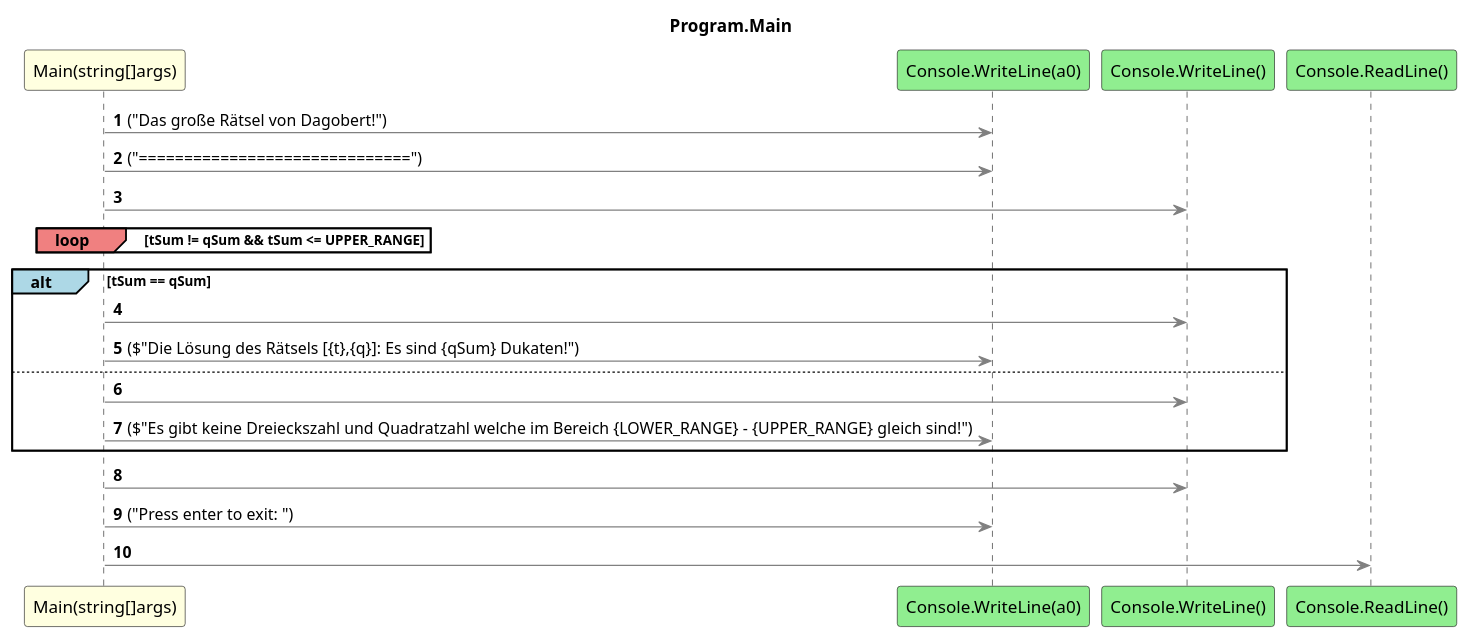
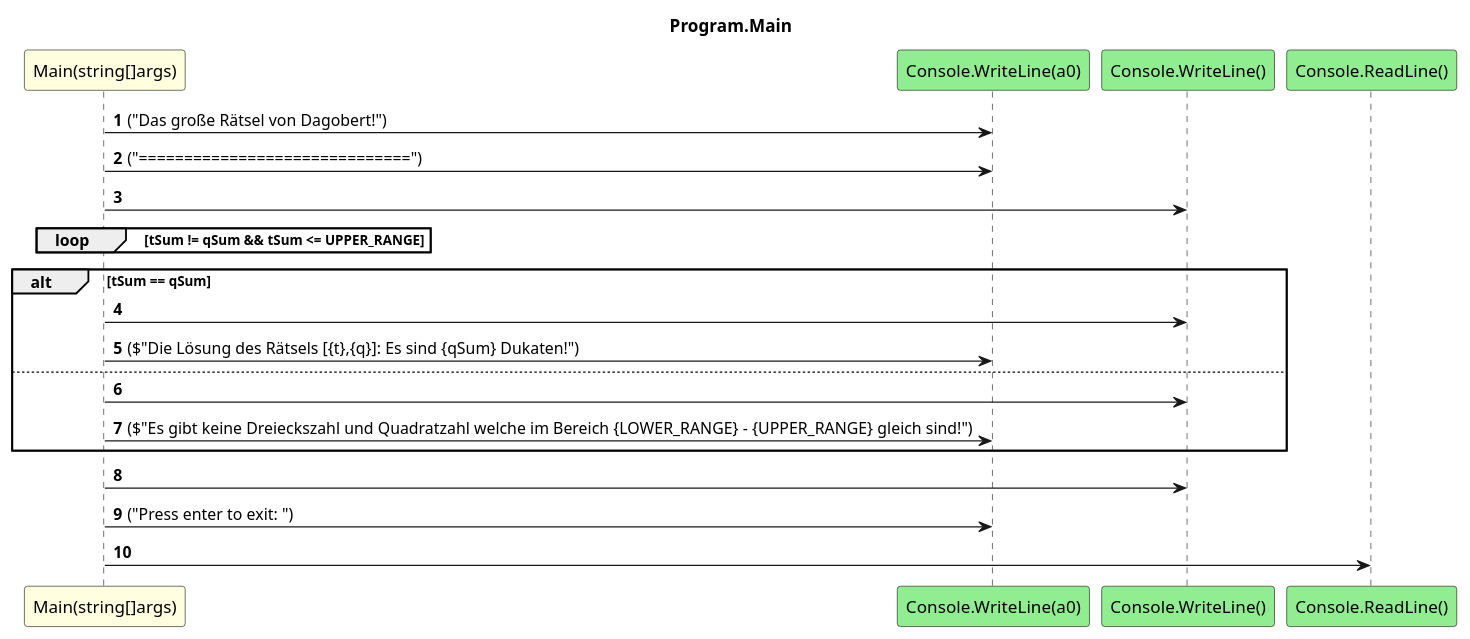
One commit to leoggehrer/2324-34_ABIF_ACIF_POSE changed the diagram in Dagobert.ConApp/diagrams/sq_Program_Main.puml. Above: the diagram before and after it, drawn with PlantUML. The commit also changed 479 other files, not shown here.

Commit message:
Updated diagrams.

```diff
--- a/Dagobert.ConApp/diagrams/sq_Program_Main.puml
+++ b/Dagobert.ConApp/diagrams/sq_Program_Main.puml
@@ -1,23 +1,23 @@
 @startuml Program.Main
 title Program.Main
 participant "Main(string[]args)" as Main_p0 #LightYellow
 participant "Console.WriteLine(a0)" as Console_WriteLine_a0 #LightGreen
 participant "Console.WriteLine()" as Console_WriteLine #LightGreen
 participant "Console.ReadLine()" as Console_ReadLine #LightGreen
 autonumber
-Main_p0 -[#grey]> Console_WriteLine_a0 : ("Das große Rätsel von Dagobert!")
-Main_p0 -[#grey]> Console_WriteLine_a0 : ("==============================")
-Main_p0 -[#grey]> Console_WriteLine
-loop#LightCoral tSum != qSum && tSum <= UPPER_RANGE
+Main_p0 -> Console_WriteLine_a0 : ("Das große Rätsel von Dagobert!")
+Main_p0 -> Console_WriteLine_a0 : ("==============================")
+Main_p0 -> Console_WriteLine
+loop tSum != qSum && tSum <= UPPER_RANGE
 end
-alt#LightBlue tSum == qSum
-    Main_p0 -[#grey]> Console_WriteLine
-    Main_p0 -[#grey]> Console_WriteLine_a0 : ($"Die Lösung des Rätsels [{t},{q}]: Es sind {qSum} Dukaten!")
+alt tSum == qSum
+    Main_p0 -> Console_WriteLine
+    Main_p0 -> Console_WriteLine_a0 : ($"Die Lösung des Rätsels [{t},{q}]: Es sind {qSum} Dukaten!")
     else
-        Main_p0 -[#grey]> Console_WriteLine
-        Main_p0 -[#grey]> Console_WriteLine_a0 : ($"Es gibt keine Dreieckszahl und Quadratzahl welche im Bereich {LOWER_RANGE} - {UPPER_RANGE} gleich sind!")
+        Main_p0 -> Console_WriteLine
+        Main_p0 -> Console_WriteLine_a0 : ($"Es gibt keine Dreieckszahl und Quadratzahl welche im Bereich {LOWER_RANGE} - {UPPER_RANGE} gleich sind!")
 end
-Main_p0 -[#grey]> Console_WriteLine
-Main_p0 -[#grey]> Console_WriteLine_a0 : ("Press enter to exit: ")
-Main_p0 -[#grey]> Console_ReadLine
+Main_p0 -> Console_WriteLine
+Main_p0 -> Console_WriteLine_a0 : ("Press enter to exit: ")
+Main_p0 -> Console_ReadLine
 @enduml
```
